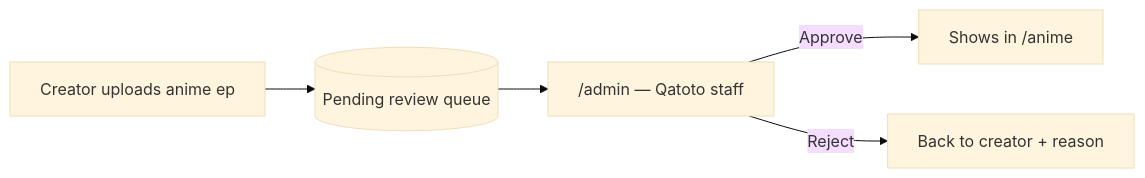
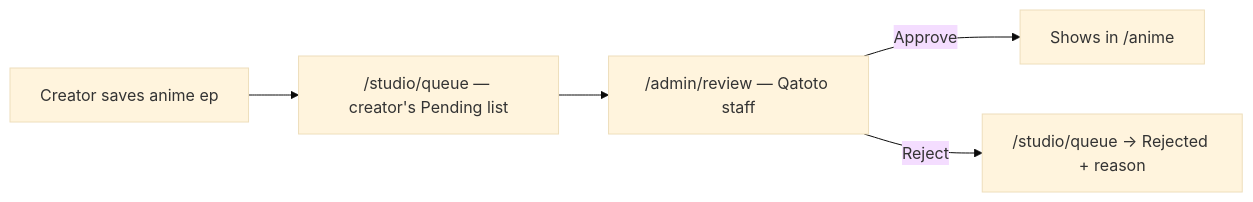
Before and after one commit to vidyesh95/qatoto-frontend: the ninth of 9 diagrams in UPLOAD_VIDEO_STRUCTURE.md, drawn with Mermaid (base theme). The commit also changed other lines of this file and 1 other file, not shown here.

````diff
--- a/UPLOAD_VIDEO_STRUCTURE.md
+++ b/UPLOAD_VIDEO_STRUCTURE.md
@@ -353,7 +369,7 @@
 ```mermaid
 flowchart LR
-    U[Creator uploads anime ep] --> Q[(Pending review queue)]
-    Q --> ADM["/admin — Qatoto staff"]
+    U[Creator saves anime ep] --> Q["/studio/queue — creator's Pending list"]
+    Q --> ADM["/admin/review — Qatoto staff"]
     ADM -->|Approve| PUB[Shows in /anime]
-    ADM -->|Reject| BACK[Back to creator + reason]
+    ADM -->|Reject| BACK["/studio/queue → Rejected + reason"]
 ```
````
